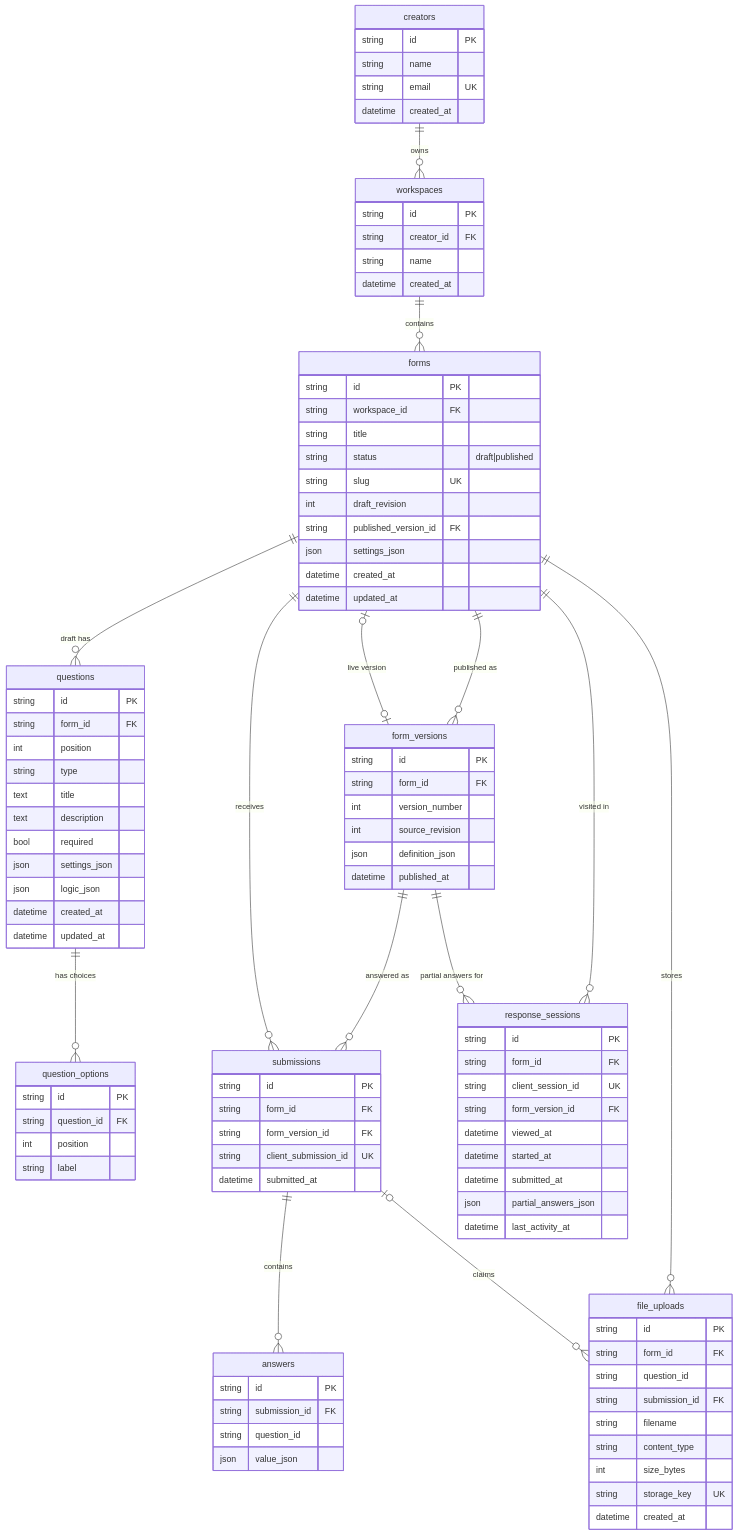
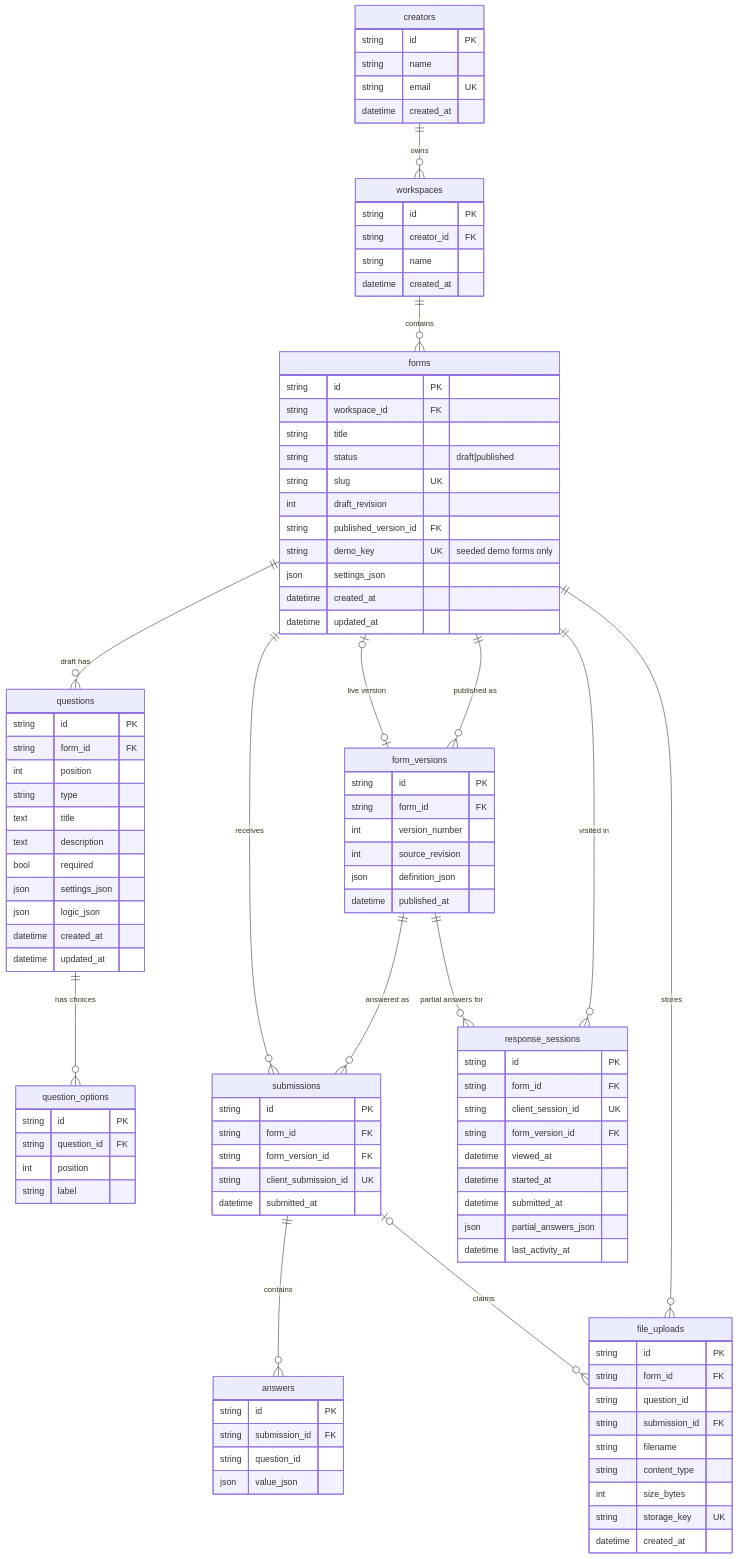
One commit to Awaneee/Typeform_Scaler changed the second of 2 diagrams in README.md. Above: the diagram before and after it, drawn with Mermaid. The commit also changed other lines of this file, not shown here.

```diff
--- a/README.md
+++ b/README.md
@@ -260,6 +279,7 @@
         string slug UK
         int draft_revision
         string published_version_id FK
+        string demo_key UK "seeded demo forms only"
         json settings_json
         datetime created_at
         datetime updated_at
```
